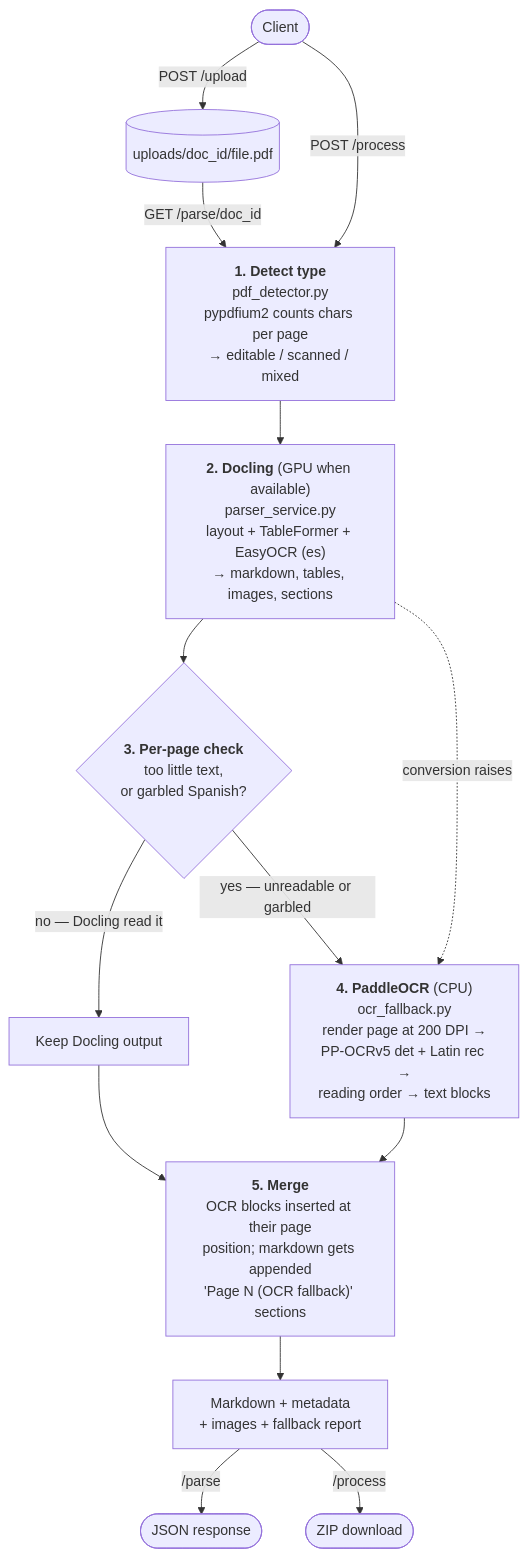
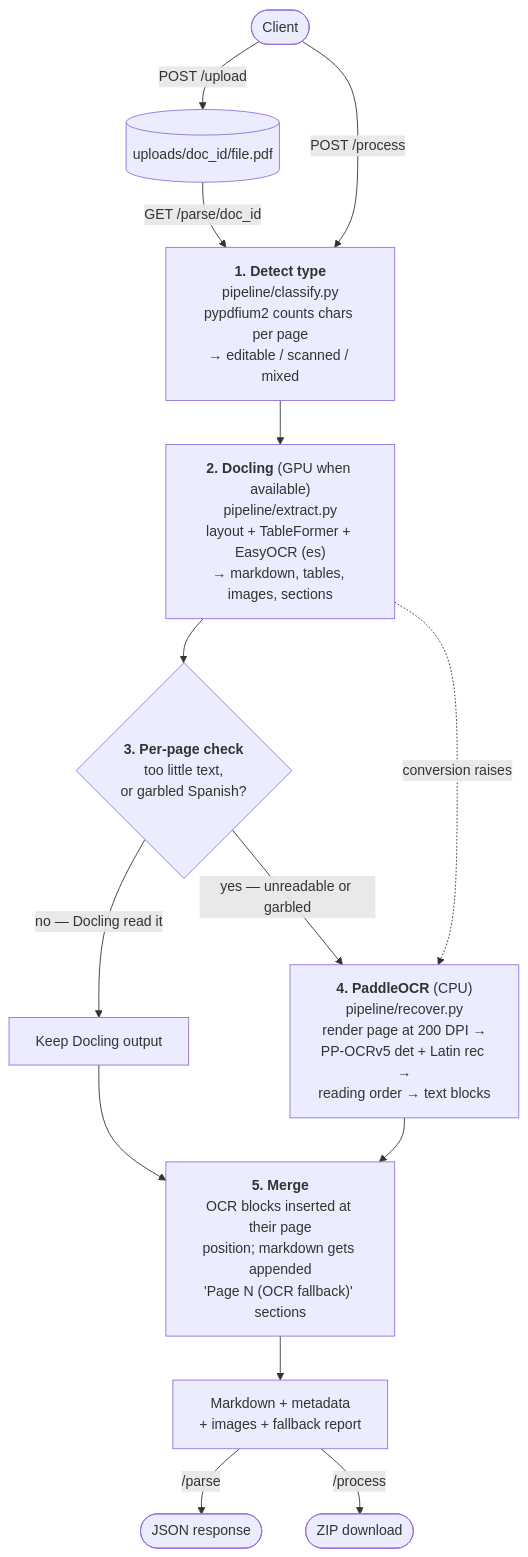
The diagram in README.md (Jaswanth-006/RBG-WSLA), drawn with Mermaid before and after one commit. The commit also changed other lines of this file and 1 other file, not shown here.

````diff
--- a/README.md
+++ b/README.md
@@ -6,27 +6,27 @@
 ```mermaid
 flowchart TD
     CLIENT([Client])
 
     CLIENT -->|POST /upload| STORE[("uploads/doc_id/file.pdf")]
     STORE -->|GET /parse/doc_id| DETECT
     CLIENT -->|POST /process| DETECT
 
-    DETECT["<b>1. Detect type</b><br/>pdf_detector.py<br/>pypdfium2 counts chars per page<br/>→ editable / scanned / mixed"]
+    DETECT["<b>1. Detect type</b><br/>pipeline/classify.py<br/>pypdfium2 counts chars per page<br/>→ editable / scanned / mixed"]
 
-    DETECT --> DOCLING["<b>2. Docling</b> (GPU when available)<br/>parser_service.py<br/>layout + TableFormer + EasyOCR (es)<br/>→ markdown, tables, images, sections"]
+    DETECT --> DOCLING["<b>2. Docling</b> (GPU when available)<br/>pipeline/extract.py<br/>layout + TableFormer + EasyOCR (es)<br/>→ markdown, tables, images, sections"]
 
     DOCLING --> YIELD{"<b>3. Per-page check</b><br/>too little text,<br/>or garbled Spanish?"}
     DOCLING -.->|conversion raises| PADDLE
 
     YIELD -->|no — Docling read it| KEEP["Keep Docling output"]
     YIELD -->|yes — unreadable or garbled| PADDLE
 
-    PADDLE["<b>4. PaddleOCR</b> (CPU)<br/>ocr_fallback.py<br/>render page at 200 DPI →<br/>PP-OCRv5 det + Latin rec →<br/>reading order → text blocks"]
+    PADDLE["<b>4. PaddleOCR</b> (CPU)<br/>pipeline/recover.py<br/>render page at 200 DPI →<br/>PP-OCRv5 det + Latin rec →<br/>reading order → text blocks"]
 
     KEEP --> MERGE
     PADDLE --> MERGE["<b>5. Merge</b><br/>OCR blocks inserted at their page<br/>position; markdown gets appended<br/>'Page N (OCR fallback)' sections"]
 
     MERGE --> OUT["Markdown + metadata<br/>+ images + fallback report"]
     OUT -->|/parse| JSON([JSON response])
     OUT -->|/process| ZIP([ZIP download])
 ```
````
